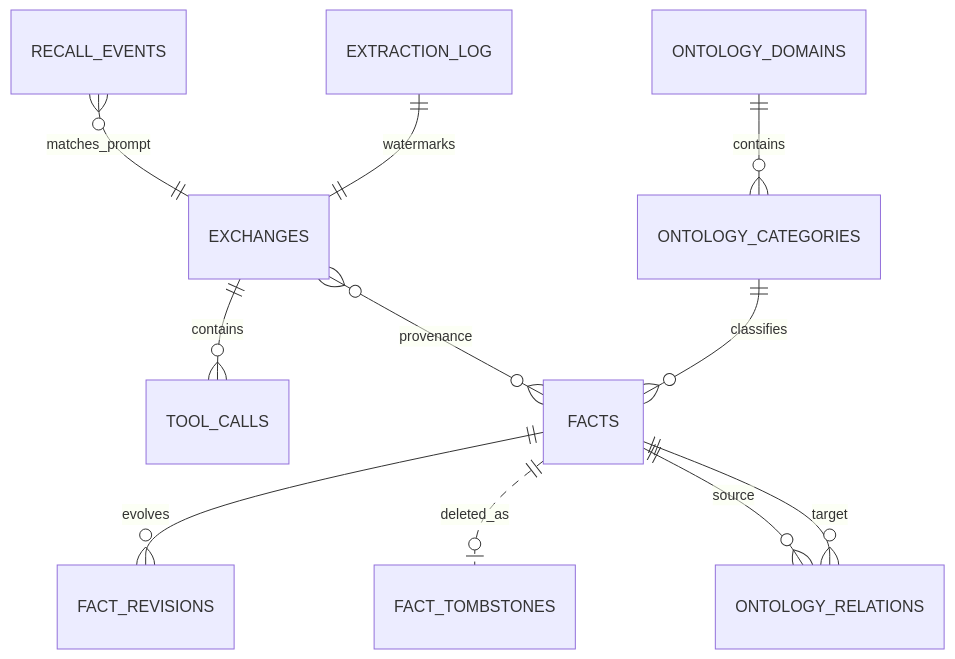
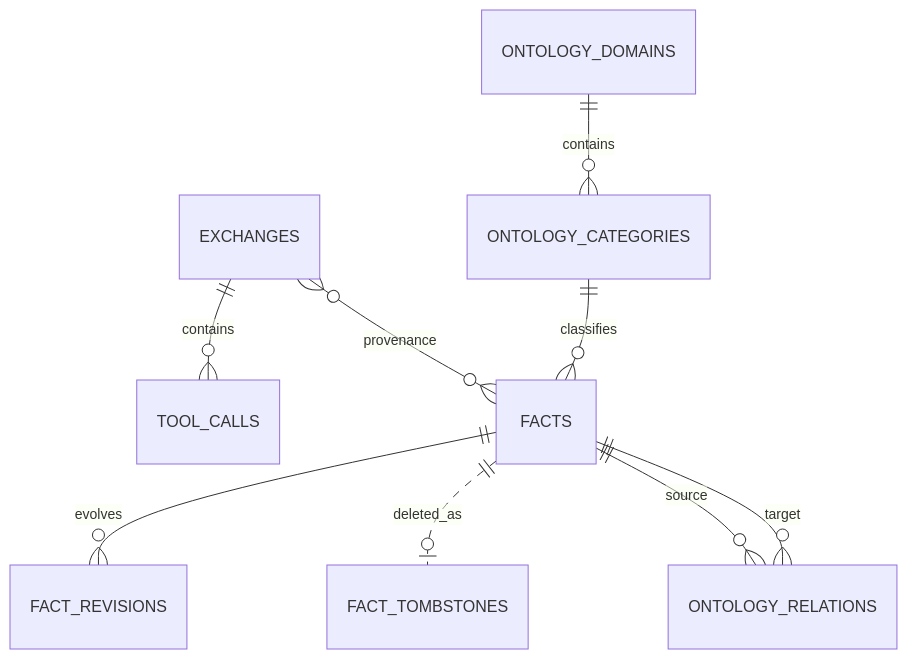
Before and after one commit to BongSuCHOI/memex: the diagram in docs/SCHEMA.md, drawn with Mermaid. The commit also changed other lines of this file and 21 other files, not shown here.

````diff
--- a/docs/SCHEMA.md
+++ b/docs/SCHEMA.md
@@ -14,13 +15,11 @@
 ```mermaid
 erDiagram
     EXCHANGES ||--o{ TOOL_CALLS : contains
-    RECALL_EVENTS }o--|| EXCHANGES : matches_prompt
     EXCHANGES }o--o{ FACTS : provenance
     FACTS ||--o{ FACT_REVISIONS : evolves
     FACTS ||..o| FACT_TOMBSTONES : deleted_as
     ONTOLOGY_DOMAINS ||--o{ ONTOLOGY_CATEGORIES : contains
     ONTOLOGY_CATEGORIES ||--o{ FACTS : classifies
     FACTS ||--o{ ONTOLOGY_RELATIONS : source
     FACTS ||--o{ ONTOLOGY_RELATIONS : target
-    EXTRACTION_LOG ||--|| EXCHANGES : watermarks
 ```
````
